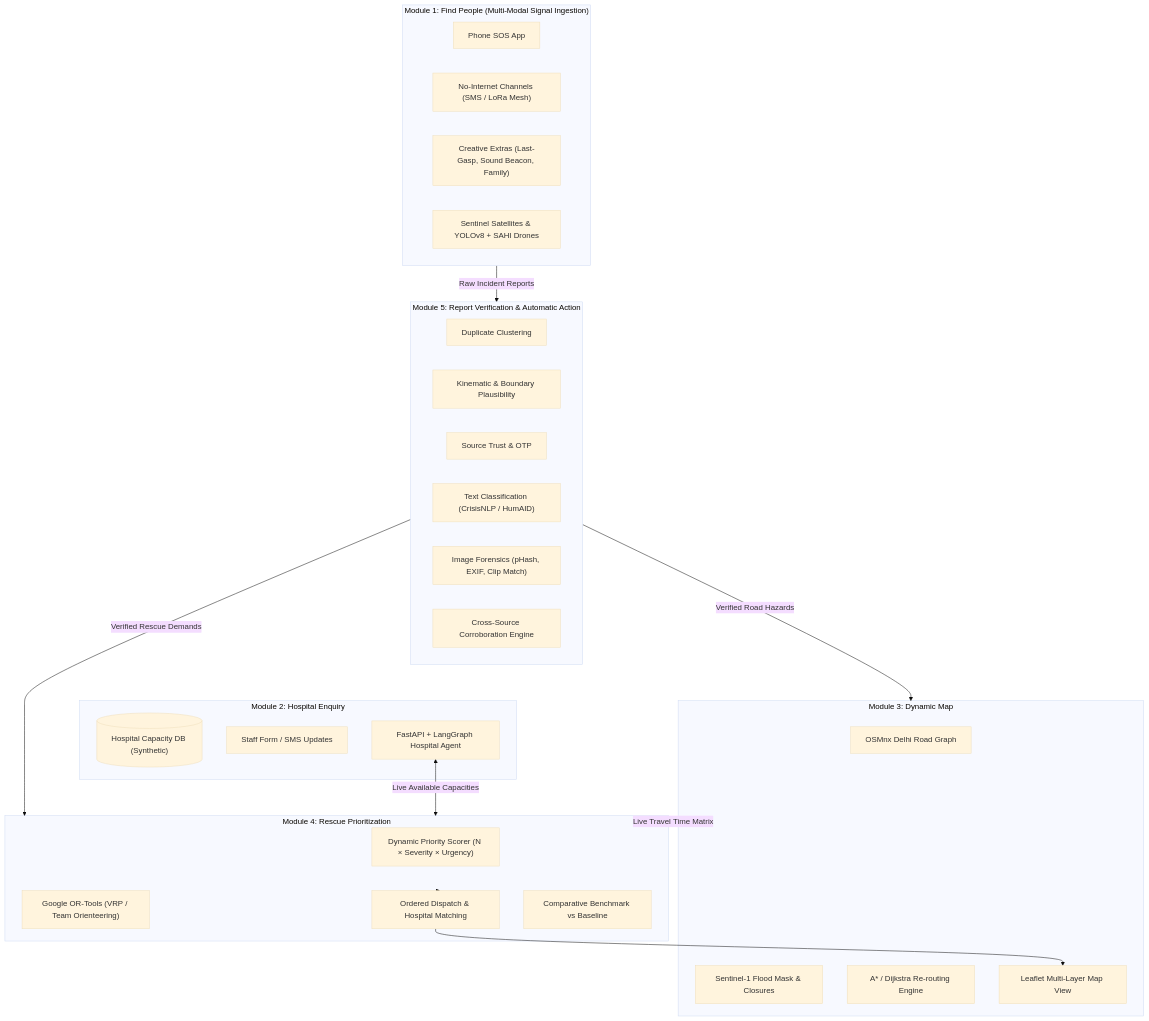
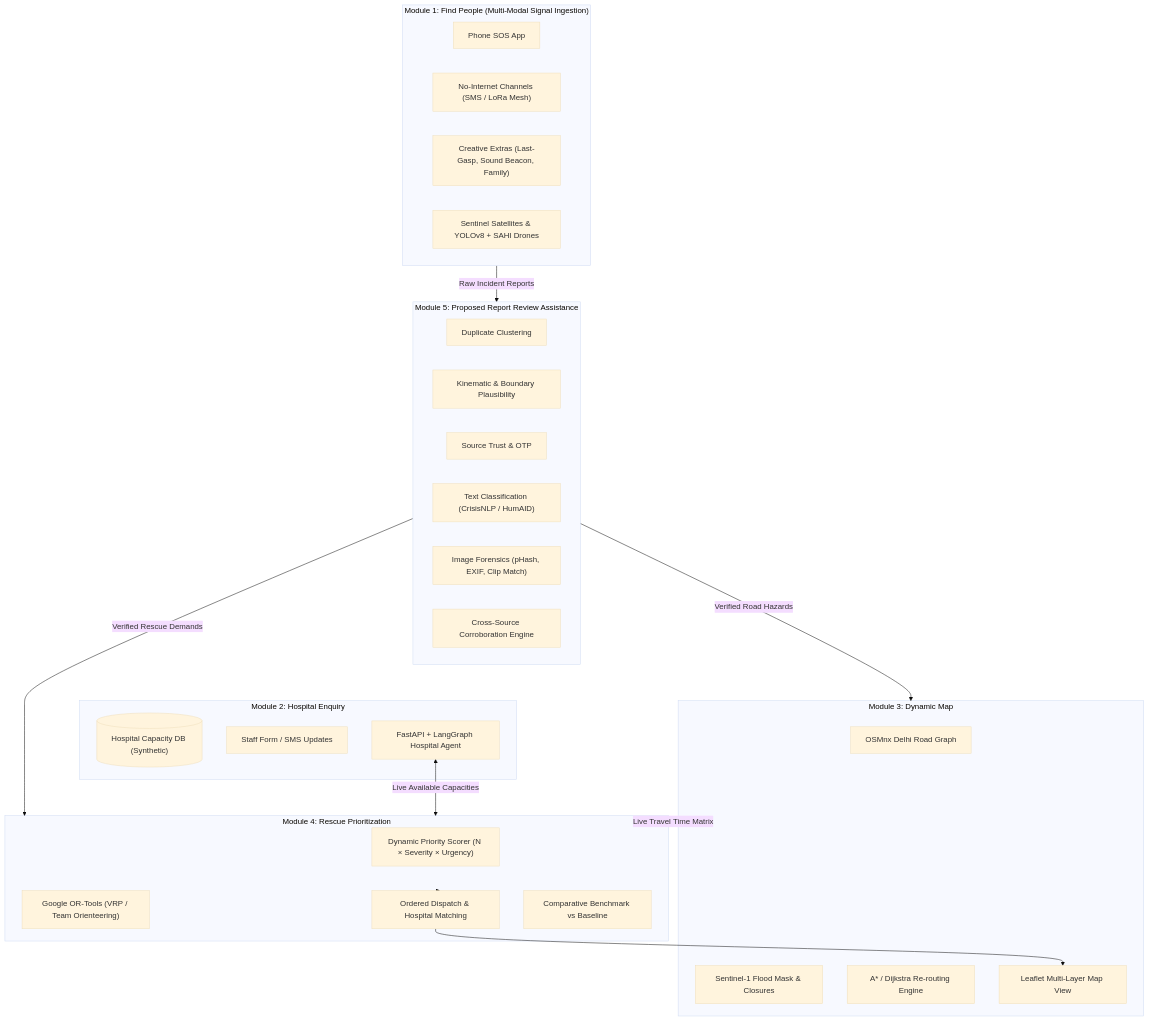
One commit to aryxn-builds/DisasterOps-AI changed the first of 2 diagrams in MODULES.md. Above: the diagram before and after it, drawn with Mermaid (base theme). The commit also changed other lines of this file and 62 other files, not shown here.

````diff
--- a/MODULES.md
+++ b/MODULES.md
@@ -5,46 +5,46 @@
 ```mermaid
 flowchart TD
     subgraph M1["Module 1: Find People (Multi-Modal Signal Ingestion)"]
         SOS["Phone SOS App"]
         NoNet["No-Internet Channels (SMS / LoRa Mesh)"]
         Extras["Creative Extras (Last-Gasp, Sound Beacon, Family)"]
         Aero["Sentinel Satellites & YOLOv8 + SAHI Drones"]
     end
 
-    subgraph M5["Module 5: Report Verification & Automatic Action"]
+    subgraph M5["Module 5: Proposed Report Review Assistance"]
         Dedup["Duplicate Clustering"]
         LocCheck["Kinematic & Boundary Plausibility"]
         Trust["Source Trust & OTP"]
         NLP["Text Classification (CrisisNLP / HumAID)"]
         Img["Image Forensics (pHash, EXIF, Clip Match)"]
         Corrob["Cross-Source Corroboration Engine"]
     end
 
     subgraph M2["Module 2: Hospital Enquiry"]
         HospDB[("Hospital Capacity DB (Synthetic)")]
         StaffUI["Staff Form / SMS Updates"]
         HospAgent["FastAPI + LangGraph Hospital Agent"]
     end
 
     subgraph M3["Module 3: Dynamic Map"]
         OSM["OSMnx Delhi Road Graph"]
         FloodMask["Sentinel-1 Flood Mask & Closures"]
         Router["A* / Dijkstra Re-routing Engine"]
         LeafletUI["Leaflet Multi-Layer Map View"]
     end
 
     subgraph M4["Module 4: Rescue Prioritization"]
         Scorer["Dynamic Priority Scorer (N × Severity × Urgency)"]
         ORTools["Google OR-Tools (VRP / Team Orienteering)"]
         Dispatch["Ordered Dispatch & Hospital Matching"]
         Eval["Comparative Benchmark vs Baseline"]
     end
 
     M1 -->|Raw Incident Reports| M5
     M5 -->|Verified Road Hazards| M3
     M5 -->|Verified Rescue Demands| M4
     HospAgent <-->|Live Available Capacities| M4
     M3 -->|Live Travel Time Matrix| M4
     M4 --> Dispatch
     Dispatch --> LeafletUI
 ```
````
